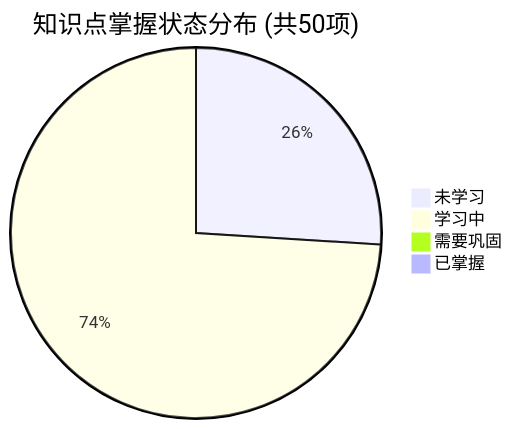
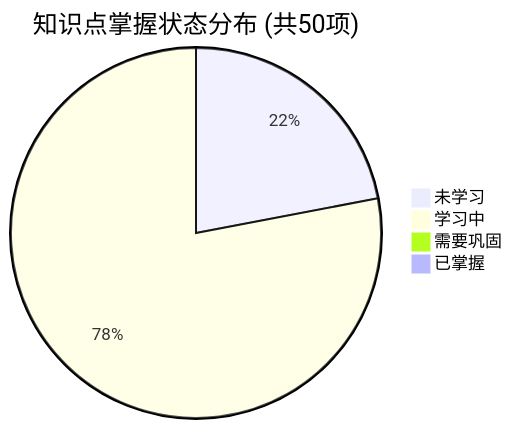
One commit to tieke1121/tech-interview-knowledge-base changed the first of 2 diagrams in PROGRESS.md. Above: the diagram before and after it, drawn with Mermaid. The commit also changed other lines of this file and 3 other files, not shown here.

````diff
--- a/PROGRESS.md
+++ b/PROGRESS.md
@@ -23,7 +23,7 @@
 ```mermaid
 pie title 知识点掌握状态分布 (共50项)
-    "未学习" : 13
-    "学习中" : 37
+    "未学习" : 11
+    "学习中" : 39
     "需要巩固" : 0
     "已掌握" : 0
 ```
````
